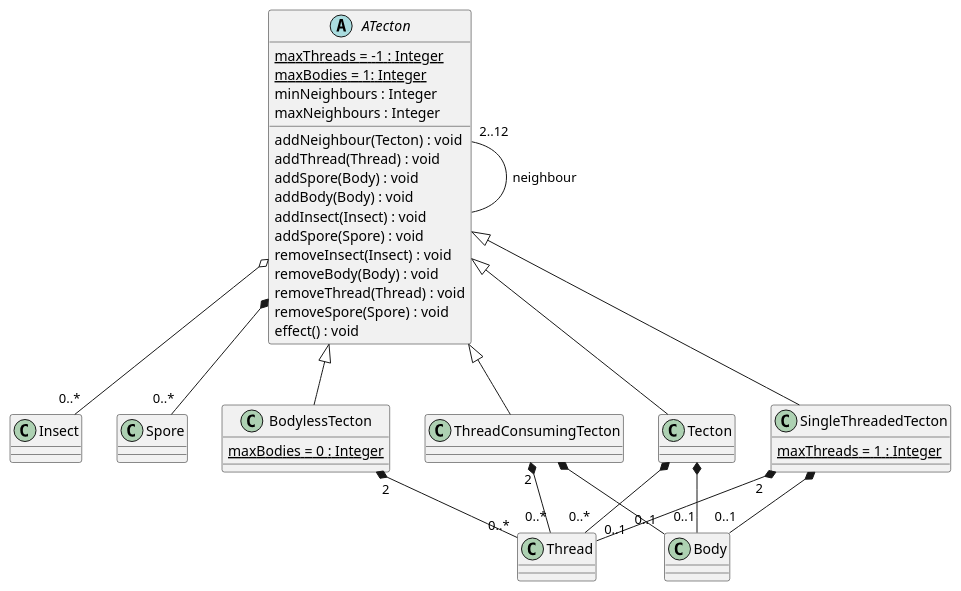
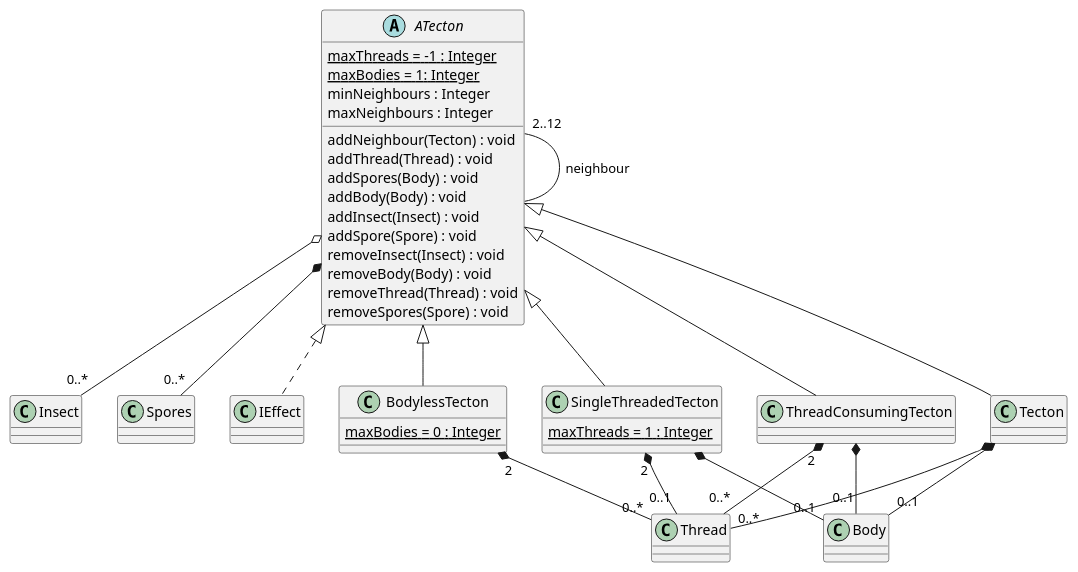
Before and after one commit to Petya-G/fungorium: the diagram in 3/classes/tecton.puml, drawn with PlantUML. The commit also changed 6 other files, not shown here.

```diff
--- a/3/classes/tecton.puml
+++ b/3/classes/tecton.puml
@@ -1,48 +1,49 @@
 @startuml tecton
   ATecton "2..12" -- ATecton : neighbour
   ATecton o-- "0..*" Insect
-  ATecton *-- "0..*" Spore
+  ATecton *-- "0..*" Spores
+  ATecton <|.. IEffect
   abstract class ATecton {
     {static} maxThreads = -1 : Integer
     {static} maxBodies = 1: Integer
     minNeighbours : Integer
     maxNeighbours : Integer
+
     addNeighbour(Tecton) : void
     addThread(Thread) : void
-    addSpore(Body) : void
+    addSpores(Body) : void
     addBody(Body) : void
     addInsect(Insect) : void
     addSpore(Spore) : void
     removeInsect(Insect) : void
     removeBody(Body) : void
     removeThread(Thread) : void
-    removeSpore(Spore) : void
-    effect() : void
+    removeSpores(Spore) : void
   }
 
   Tecton *-- "0..1" Body
   Tecton *-- "0..*" Thread
   ATecton <|-- Tecton
   class Tecton {
   }
 
   SingleThreadedTecton *-- "0..1" Body
   SingleThreadedTecton "2" *-- "0..1" Thread
   ATecton <|-- SingleThreadedTecton
   class SingleThreadedTecton {
     {static} maxThreads = 1 : Integer
   }
 
 
   BodylessTecton "2" *-- "0..*" Thread
   ATecton <|-- BodylessTecton
   class BodylessTecton {
     {static} maxBodies = 0 : Integer
   }
 
   ThreadConsumingTecton *-- "0..1" Body
   ThreadConsumingTecton "2" *-- "0..*" Thread
   ATecton <|-- ThreadConsumingTecton
   class ThreadConsumingTecton {
   }
 @enduml
```
